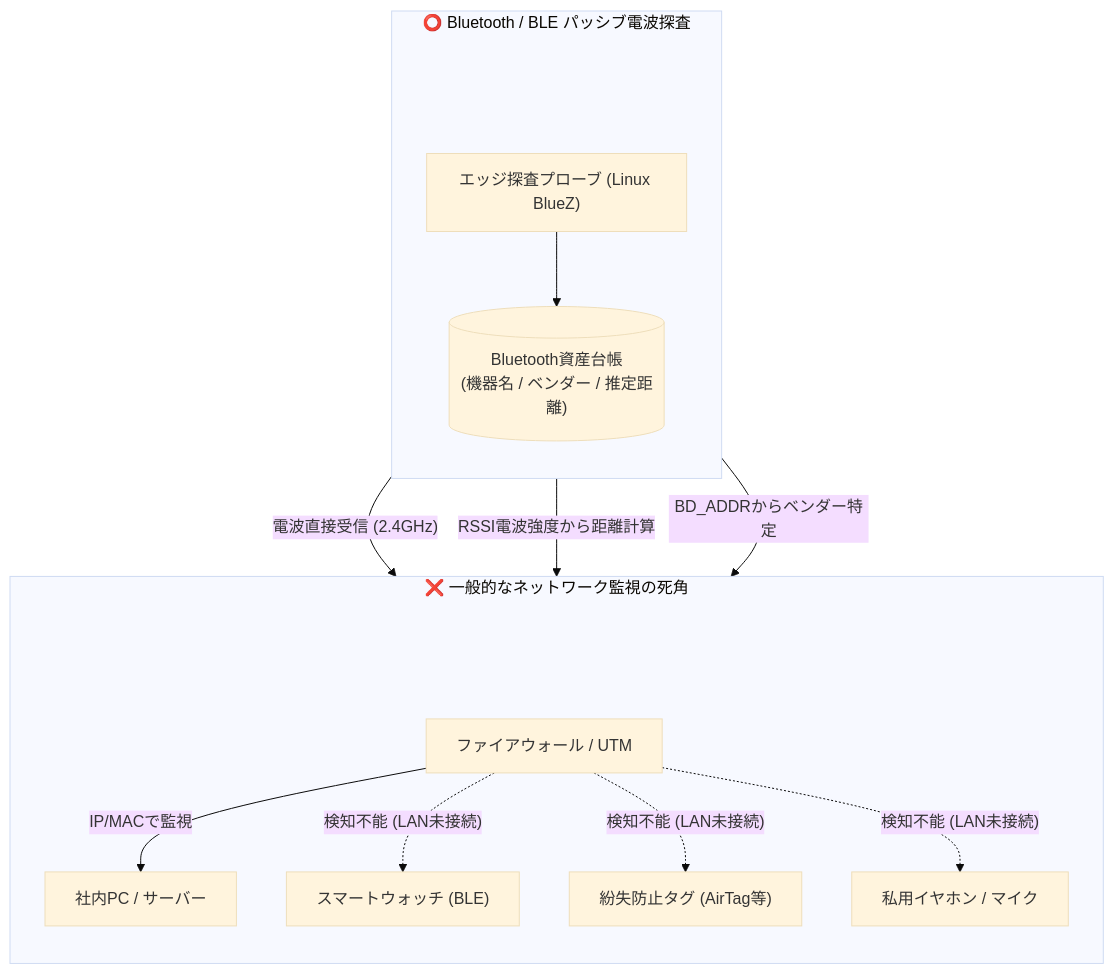
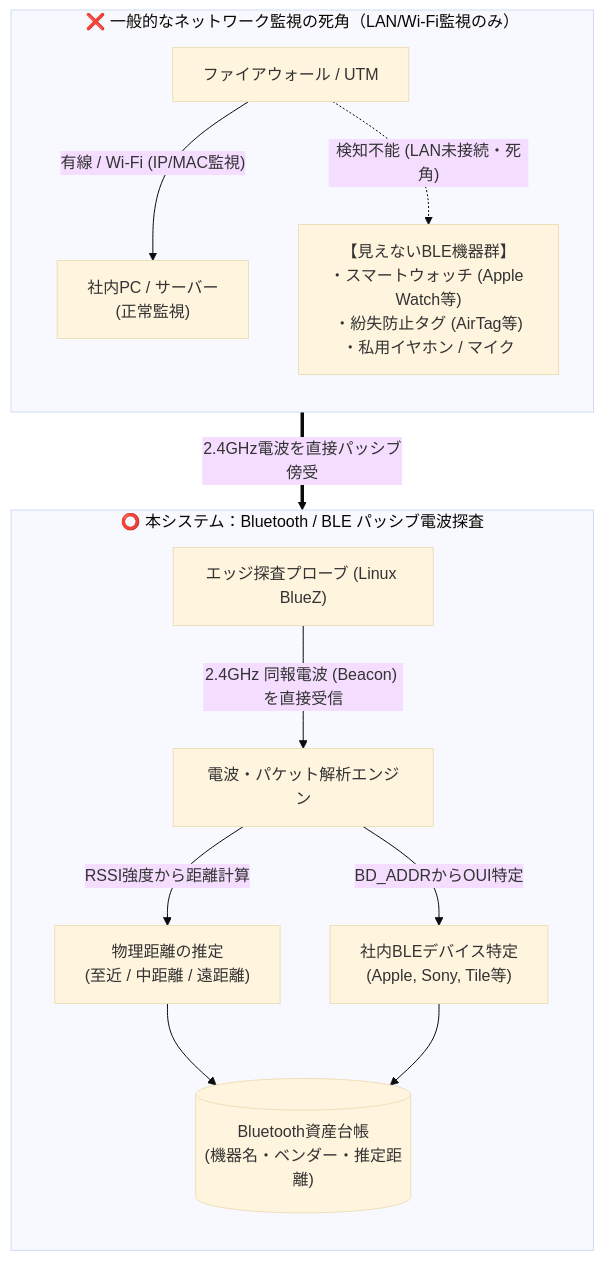
One commit to ojisantech/ojisan-arsenal changed the diagram in QIITA_ARTICLE_DETAIL_5.md. Above: the diagram before and after it, drawn with Mermaid (base theme). The commit also changed other lines of this file, not shown here.

````diff
--- a/QIITA_ARTICLE_DETAIL_5.md
+++ b/QIITA_ARTICLE_DETAIL_5.md
@@ -45,23 +45,21 @@
 ```mermaid
 flowchart TD
-    subgraph BlindSpot ["❌ 一般的なネットワーク監視の死角"]
+    subgraph BlindSpot ["❌ 一般的なネットワーク監視の死角（LAN/Wi-Fi監視のみ）"]
         direction TB
-        spacer_blindspot[" "] ~~~ UTM
-        style spacer_blindspot fill:none,stroke:none;
-        UTM["ファイアウォール / UTM"] -->|"IP/MACで監視"| PC["社内PC / サーバー"]
-        UTM -.->|"検知不能 (LAN未接続)"| BT_Watch["スマートウォッチ (BLE)"]
-        UTM -.->|"検知不能 (LAN未接続)"| BT_Tag["紛失防止タグ (AirTag等)"]
-        UTM -.->|"検知不能 (LAN未接続)"| BT_Mic["私用イヤホン / マイク"]
+        UTM["ファイアウォール / UTM"]
+        UTM -->|"有線 / Wi-Fi (IP/MAC監視)"| PC["社内PC / サーバー<br/>(正常監視)"]
+        UTM -.->|"検知不能 (LAN未接続・死角)"| BlindDevices["【見えないBLE機器群】<br/>・スマートウォッチ (Apple Watch等)<br/>・紛失防止タグ (AirTag等)<br/>・私用イヤホン / マイク"]
     end
 
-    subgraph Visible ["⭕ Bluetooth / BLE パッシブ電波探査"]
+    BlindDevices ==>|"2.4GHz電波を直接パッシブ傍受"| Probe
+
+    subgraph Visible ["⭕ 本システム：Bluetooth / BLE パッシブ電波探査"]
         direction TB
-        spacer_visible[" "] ~~~ Probe
-        style spacer_visible fill:none,stroke:none;
         Probe["エッジ探査プローブ (Linux BlueZ)"]
-        Probe -->|"電波直接受信 (2.4GHz)"| BT_Watch
-        Probe -->|"RSSI電波強度から距離計算"| BT_Tag
-        Probe -->|"BD_ADDRからベンダー特定"| BT_Mic
-        Probe --> Table[("Bluetooth資産台帳<br/>(機器名 / ベンダー / 推定距離)")]
+        Probe -->|"2.4GHz 同報電波 (Beacon) を直接受信"| Engine["電波・パケット解析エンジン"]
+        Engine -->|"RSSI強度から距離計算"| V1["物理距離の推定<br/>(至近 / 中距離 / 遠距離)"]
+        Engine -->|"BD_ADDRからOUI特定"| V2["社内BLEデバイス特定<br/>(Apple, Sony, Tile等)"]
+        V1 --> Table[("Bluetooth資産台帳<br/>(機器名・ベンダー・推定距離)")]
+        V2 --> Table
     end
 ```
````
